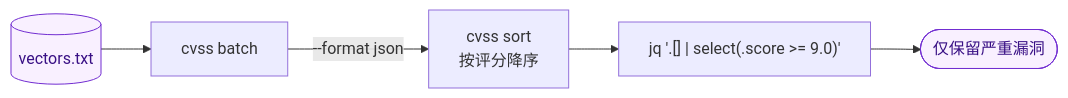
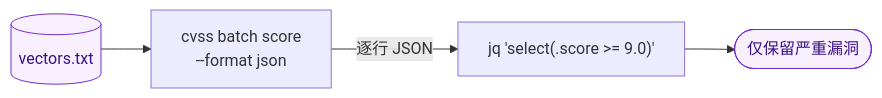
Before and after one commit to scagogogo/cvss-skills: the second of 2 diagrams in website/zh/cli.md, drawn with Mermaid. The commit also changed other lines of this file and 1 other file, not shown here.

First line of the commit message:
docs: fix incorrect batch->sort->jq pipeline in CLI docs

````diff
--- a/website/zh/cli.md
+++ b/website/zh/cli.md
@@ -121,10 +121,9 @@
 ```mermaid
 flowchart LR
-    F[("vectors.txt")] --> B["cvss batch"]
-    B -->|"--format json"| S["cvss sort<br/>按评分降序"]
-    S --> J["jq '.[] | select(.score >= 9.0)'"]
+    F[("vectors.txt")] --> B["cvss batch score<br/>--format json"]
+    B -->|"逐行 JSON"| J["jq 'select(.score >= 9.0)'"]
     J --> Out(["仅保留严重漏洞"])
 
     classDef io fill:#f9f0ff,stroke:#722ed1,color:#391085;
     class F,Out io;
 ```
````
